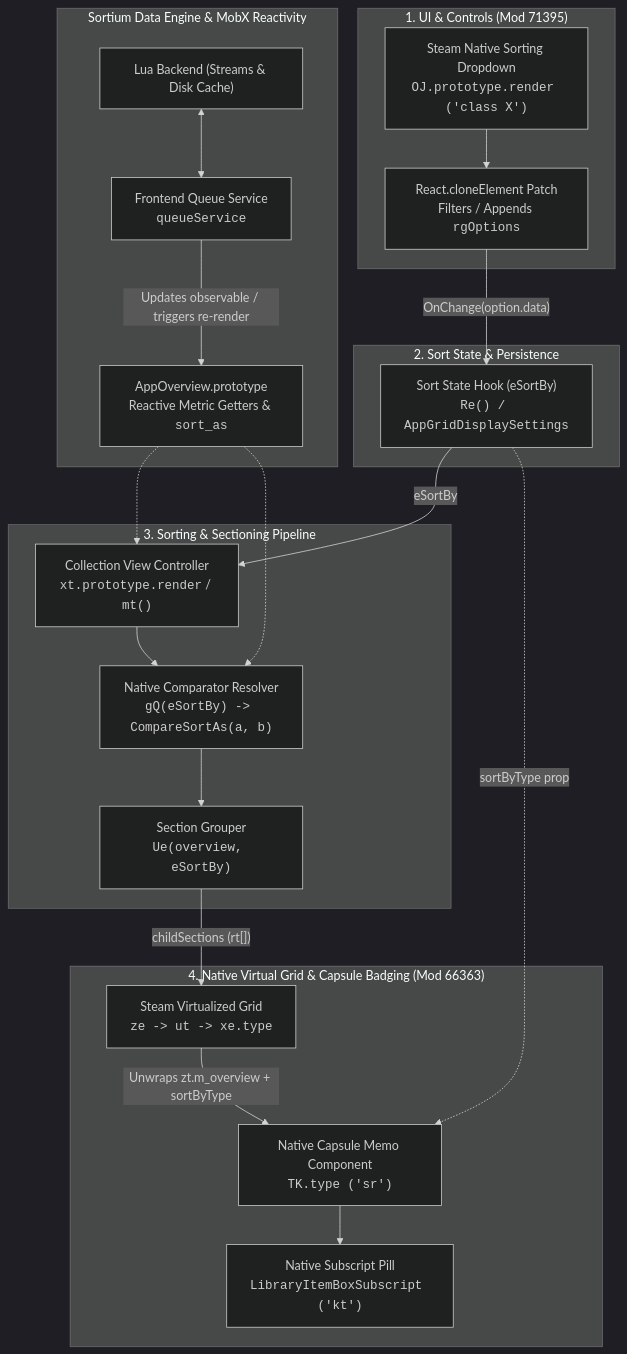
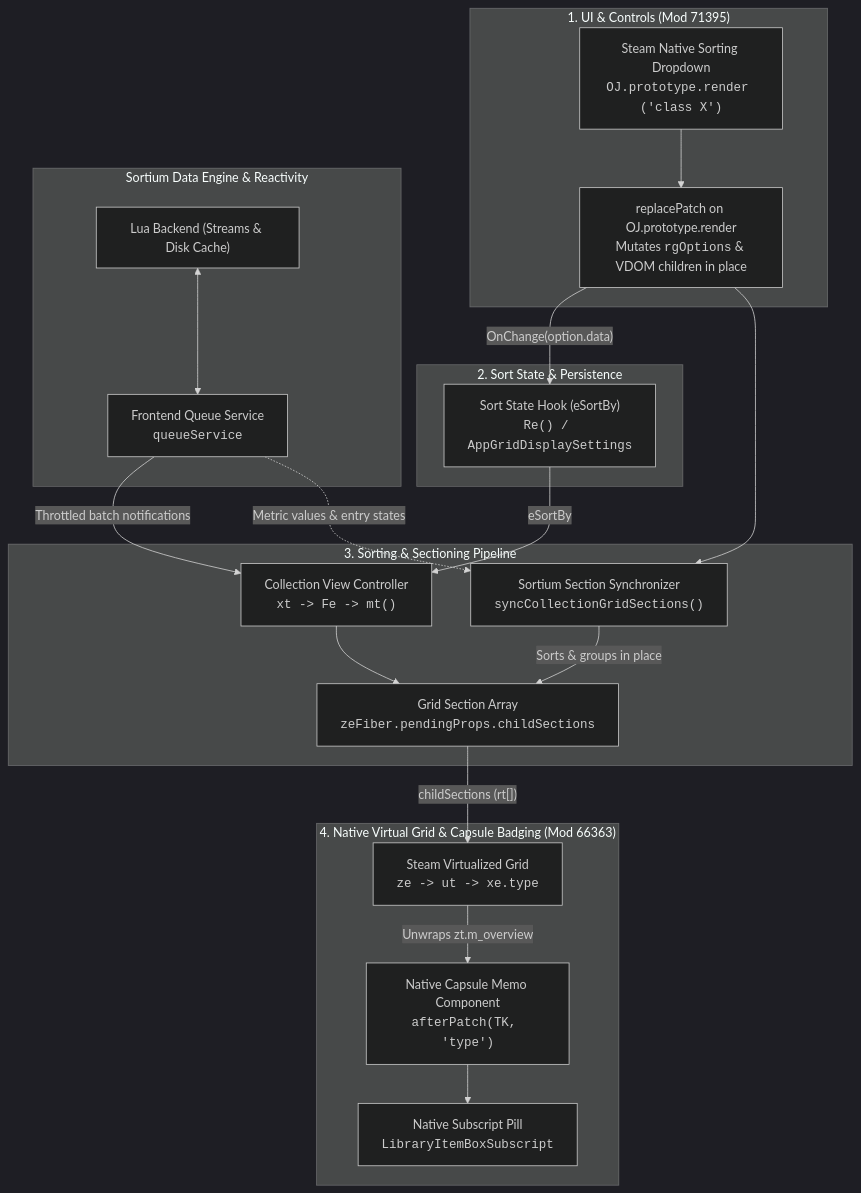
Before and after one commit to SalvadorCorreia/Sortium: the first of 2 diagrams in docs/ARCHITECTURE_NATIVE.md, drawn with Mermaid (dark theme). The commit also changed other lines of this file and 6 other files, not shown here.

Commit message:
refactor(frontend): replace prototype sort hooks with Steambrew patchers and fiber section sync

````diff
--- a/docs/ARCHITECTURE_NATIVE.md
+++ b/docs/ARCHITECTURE_NATIVE.md
@@ -12,45 +12,43 @@
 ```mermaid
 flowchart TD
     subgraph UI_Layer["1. UI & Controls (Mod 71395)"]
         NativeDropdown["Steam Native Sorting Dropdown<br/><code>OJ.prototype.render ('class X')</code>"]
-        ClonePatch["React.cloneElement Patch<br/>Filters / Appends <code>rgOptions</code>"]
-        NativeDropdown --> ClonePatch
+        InPlacePatch["replacePatch on OJ.prototype.render<br/>Mutates <code>rgOptions</code> & VDOM children in place"]
+        NativeDropdown --> InPlacePatch
     end
 
     subgraph State_Layer["2. Sort State & Persistence"]
         SortState["Sort State Hook (eSortBy)<br/><code>Re() / AppGridDisplaySettings</code>"]
-        ClonePatch -- "OnChange(option.data)" --> SortState
+        InPlacePatch -- "OnChange(option.data)" --> SortState
     end
 
     subgraph Pipeline_Layer["3. Sorting & Sectioning Pipeline"]
-        CollectionPage["Collection View Controller<br/><code>xt.prototype.render</code> / <code>mt()</code>"]
-        ComparatorFallback["Native Comparator Resolver<br/><code>gQ(eSortBy) -> CompareSortAs(a, b)</code>"]
-        SectionGrouper["Section Grouper<br/><code>Ue(overview, eSortBy)</code>"]
+        CollectionPage["Collection View Controller<br/><code>xt -> Fe -> mt()</code>"]
+        ChildSections["Grid Section Array<br/><code>zeFiber.pendingProps.childSections</code>"]
+        SectionGrouper["Sortium Section Synchronizer<br/><code>syncCollectionGridSections()</code>"]
         
         SortState -- "eSortBy" --> CollectionPage
-        CollectionPage --> ComparatorFallback
-        ComparatorFallback --> SectionGrouper
+        CollectionPage --> ChildSections
+        InPlacePatch --> SectionGrouper
+        SectionGrouper -- "Sorts & groups in place" --> ChildSections
     end
 
-    subgraph Data_Layer["Sortium Data Engine & MobX Reactivity"]
+    subgraph Data_Layer["Sortium Data Engine & Reactivity"]
         LuaBackend["Lua Backend (Streams & Disk Cache)"]
         QueueService["Frontend Queue Service<br/><code>queueService</code>"]
-        AppOverview["AppOverview.prototype<br/>Reactive Metric Getters & <code>sort_as</code>"]
         
         LuaBackend <--> QueueService
-        QueueService -- "Updates observable / triggers re-render" --> AppOverview
-        AppOverview -.-> CollectionPage
-        AppOverview -.-> ComparatorFallback
+        QueueService -- "Throttled batch notifications" --> CollectionPage
+        QueueService -. "Metric values & entry states" .-> SectionGrouper
     end
 
     subgraph Render_Layer["4. Native Virtual Grid & Capsule Badging (Mod 66363)"]
         NativeGrid["Steam Virtualized Grid<br/><code>ze -> ut -> xe.type</code>"]
-        NativeCapsule["Native Capsule Memo Component<br/><code>TK.type ('sr')</code>"]
-        NativeSubscript["Native Subscript Pill<br/><code>LibraryItemBoxSubscript ('kt')</code>"]
+        NativeCapsule["Native Capsule Memo Component<br/><code>afterPatch(TK, 'type')</code>"]
+        NativeSubscript["Native Subscript Pill<br/><code>LibraryItemBoxSubscript</code>"]
 
-        SectionGrouper -- "childSections (rt[])" --> NativeGrid
-        NativeGrid -- "Unwraps zt.m_overview + sortByType" --> NativeCapsule
-        SortState -. "sortByType prop" .-> NativeCapsule
+        ChildSections -- "childSections (rt[])" --> NativeGrid
+        NativeGrid -- "Unwraps zt.m_overview" --> NativeCapsule
         NativeCapsule --> NativeSubscript
     end
 ```
````
